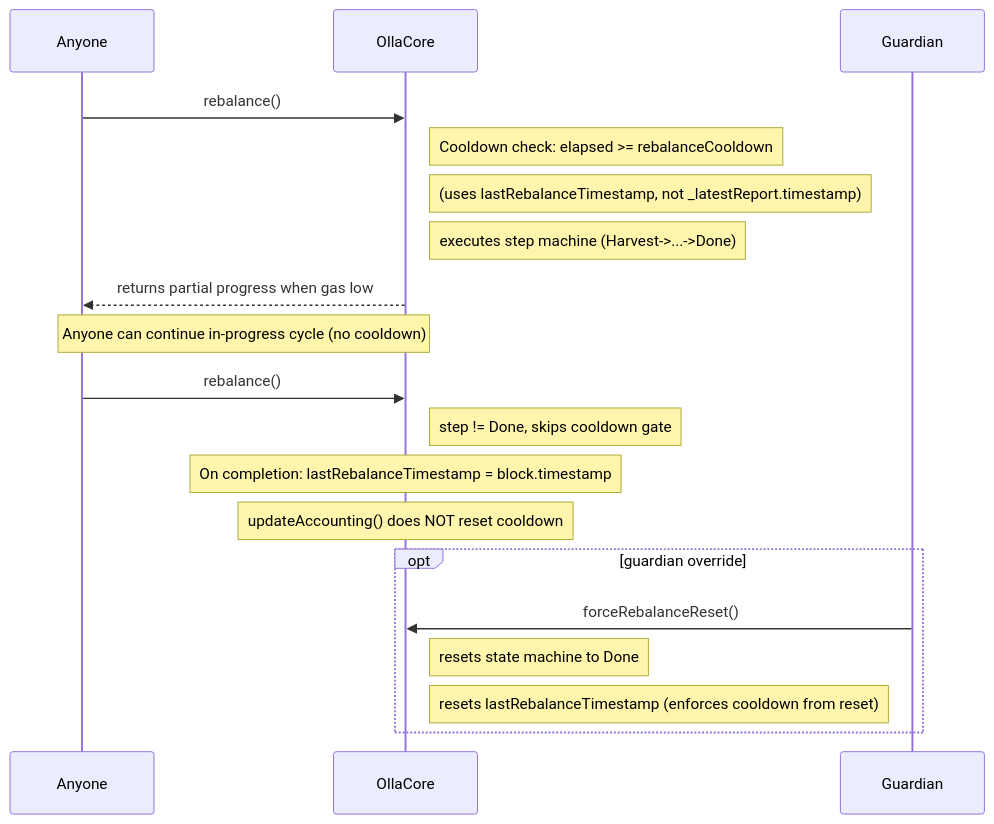
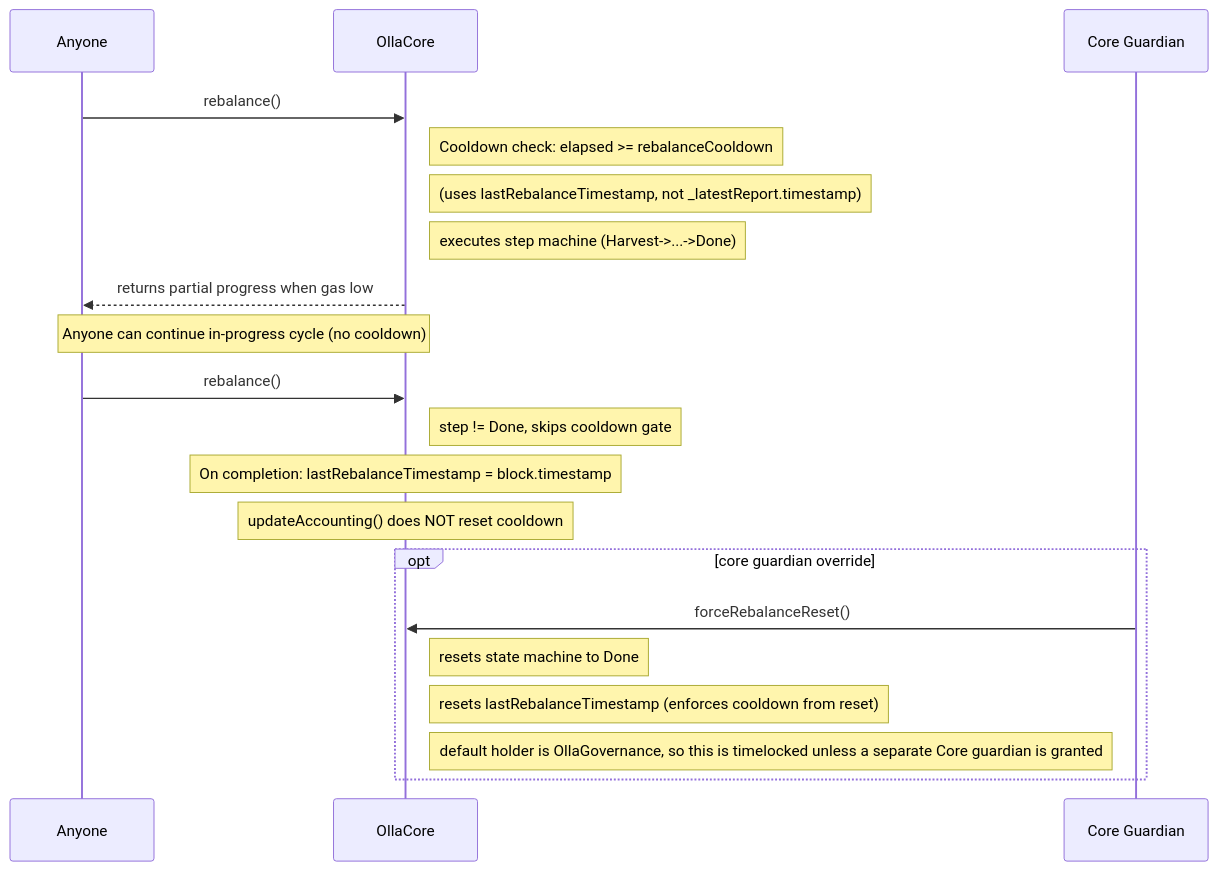
One commit to ollafinance/core changed the ninth of 10 diagrams in docs/architecture/operator-actions.md. Above: the diagram before and after it, drawn with Mermaid. The commit also changed 17 other files, not shown here.

````diff
--- a/docs/architecture/operator-actions.md
+++ b/docs/architecture/operator-actions.md
@@ -272,25 +272,26 @@
 ```mermaid
 sequenceDiagram
     participant A as Anyone
     participant C as OllaCore
-    participant G as Guardian
+    participant G as Core Guardian
 
     A->>C: rebalance()
     Note right of C: Cooldown check: elapsed >= rebalanceCooldown
     Note right of C: (uses lastRebalanceTimestamp, not _latestReport.timestamp)
     Note right of C: executes step machine (Harvest->...->Done)
     C-->>A: returns partial progress when gas low
 
     Note over A,C: Anyone can continue in-progress cycle (no cooldown)
     A->>C: rebalance()
     Note right of C: step != Done, skips cooldown gate
 
     Note over C: On completion: lastRebalanceTimestamp = block.timestamp
     Note over C: updateAccounting() does NOT reset cooldown
 
-    opt guardian override
+    opt core guardian override
         G->>C: forceRebalanceReset()
         Note right of C: resets state machine to Done
         Note right of C: resets lastRebalanceTimestamp (enforces cooldown from reset)
+        Note right of C: default holder is OllaGovernance, so this is timelocked unless a separate Core guardian is granted
     end
 ```
````
